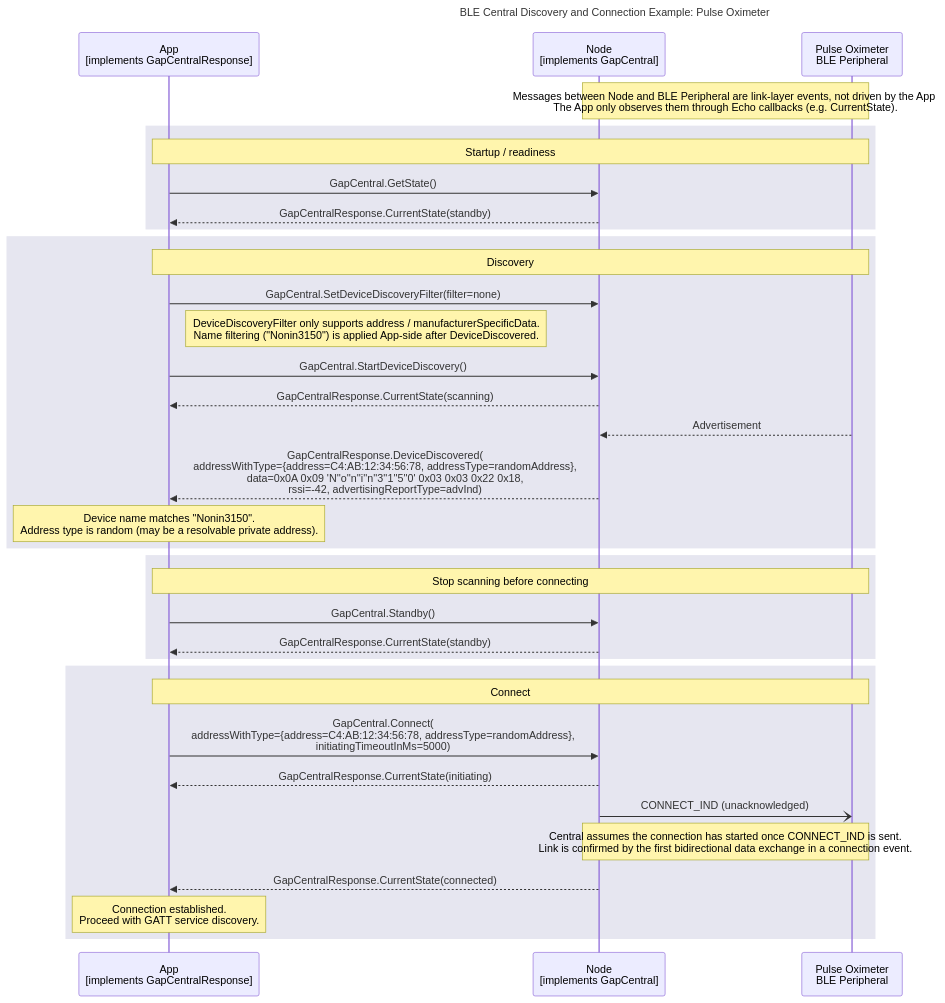
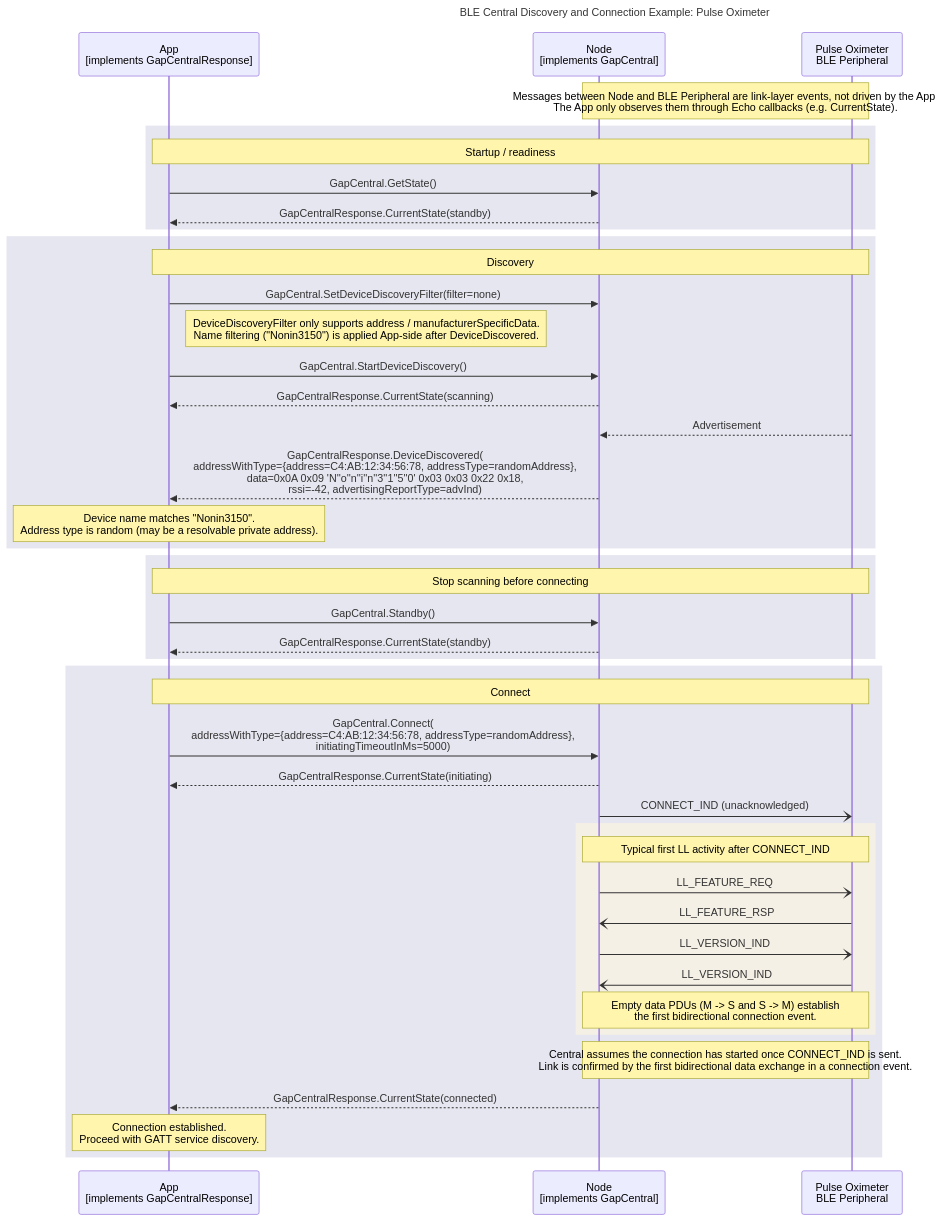
One commit to philips-software/amp-embedded-infra-lib changed the diagram in documents/modules/ROOT/partials/echoservices/gap_central/GapCentral_DiscoveryAndConnection_sequence_example.mmd. Above: the diagram before and after it, drawn with Mermaid. The commit also changed 8 other files, not shown here.

```diff
--- a/documents/modules/ROOT/partials/echoservices/gap_central/GapCentral_DiscoveryAndConnection_sequence_example.mmd
+++ b/documents/modules/ROOT/partials/echoservices/gap_central/GapCentral_DiscoveryAndConnection_sequence_example.mmd
@@ -1,45 +1,53 @@
 sequenceDiagram
     title BLE Central Discovery and Connection Example: Pulse Oximeter
 
     participant App as App<br>[implements GapCentralResponse]
     participant Node as Node<br>[implements GapCentral]
     participant Peripheral as Pulse Oximeter<br>BLE Peripheral
 
     Note over Node, Peripheral: Messages between Node and BLE Peripheral are link-layer events, not driven by the App.<br>The App only observes them through Echo callbacks (e.g. CurrentState).
 
     rect rgb(230, 230, 240)
         note over App, Peripheral: Startup / readiness
         App->>Node: GapCentral.GetState()
         Node-->>App: GapCentralResponse.CurrentState(standby)
     end
 
     rect rgb(230, 230, 240)
         note over App, Peripheral: Discovery
         App->>Node: GapCentral.SetDeviceDiscoveryFilter(filter=none)
         Note right of App: DeviceDiscoveryFilter only supports address / manufacturerSpecificData.<br>Name filtering ("Nonin3150") is applied App-side after DeviceDiscovered.
         App->>Node: GapCentral.StartDeviceDiscovery()
         Node-->>App: GapCentralResponse.CurrentState(scanning)
 
         Peripheral-->>Node: Advertisement
         Node-->>App: GapCentralResponse.DeviceDiscovered(<br>addressWithType={address=C4:AB:12:34:56:78, addressType=randomAddress},<br>data=0x0A 0x09 'N''o''n''i''n''3''1''5''0' 0x03 0x03 0x22 0x18,<br>rssi=-42, advertisingReportType=advInd)
 
         note over App: Device name matches "Nonin3150".<br>Address type is random (may be a resolvable private address).
     end
 
     rect rgb(230, 230, 240)
         note over App, Peripheral: Stop scanning before connecting
         App->>Node: GapCentral.Standby()
         Node-->>App: GapCentralResponse.CurrentState(standby)
     end
 
     rect rgb(230, 230, 240)
         note over App, Peripheral: Connect
         App->>Node: GapCentral.Connect(<br>addressWithType={address=C4:AB:12:34:56:78, addressType=randomAddress},<br>initiatingTimeoutInMs=5000)
         Node-->>App: GapCentralResponse.CurrentState(initiating)
 
         Node-)Peripheral: CONNECT_IND (unacknowledged)
+        rect rgb(245, 240, 230)
+            Note over Node, Peripheral: Typical first LL activity after CONNECT_IND
+            Node-)Peripheral: LL_FEATURE_REQ
+            Peripheral-)Node: LL_FEATURE_RSP
+            Node-)Peripheral: LL_VERSION_IND
+            Peripheral-)Node: LL_VERSION_IND
+            Note over Node, Peripheral: Empty data PDUs (M -> S and S -> M) establish<br>the first bidirectional connection event.
+        end
         Note over Node, Peripheral: Central assumes the connection has started once CONNECT_IND is sent.<br>Link is confirmed by the first bidirectional data exchange in a connection event.
         Node-->>App: GapCentralResponse.CurrentState(connected)
 
         note over App: Connection established.<br>Proceed with GATT service discovery.
     end
```
